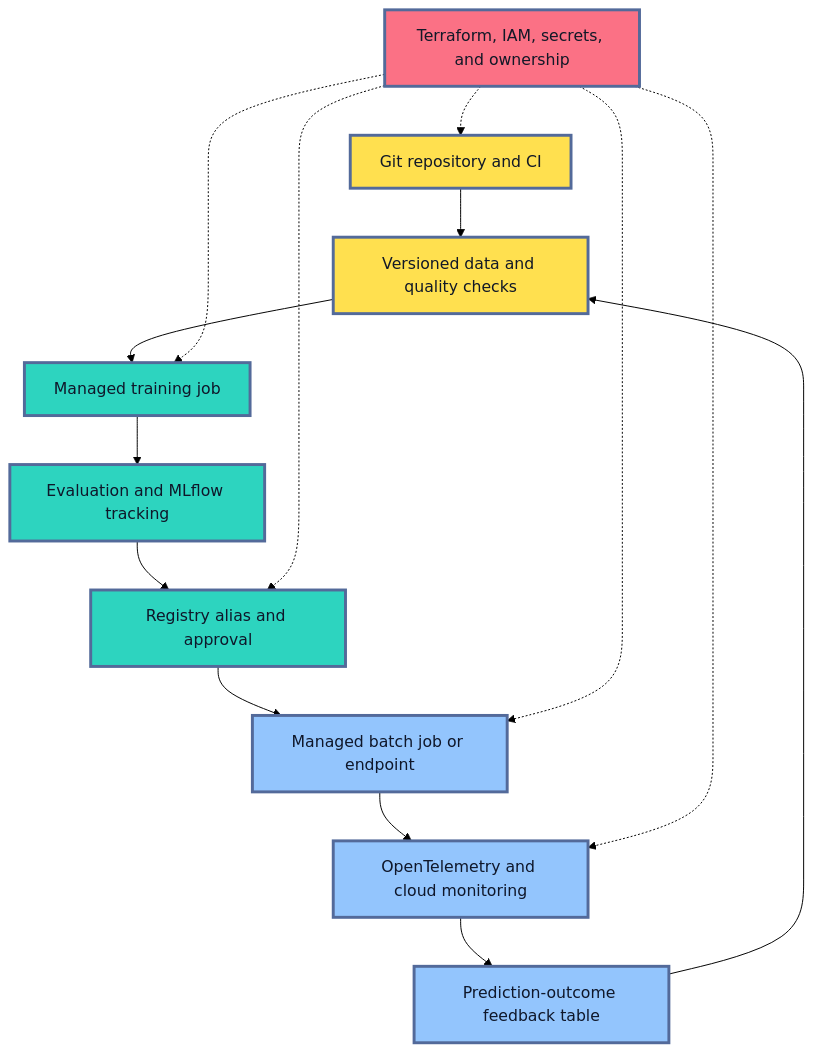
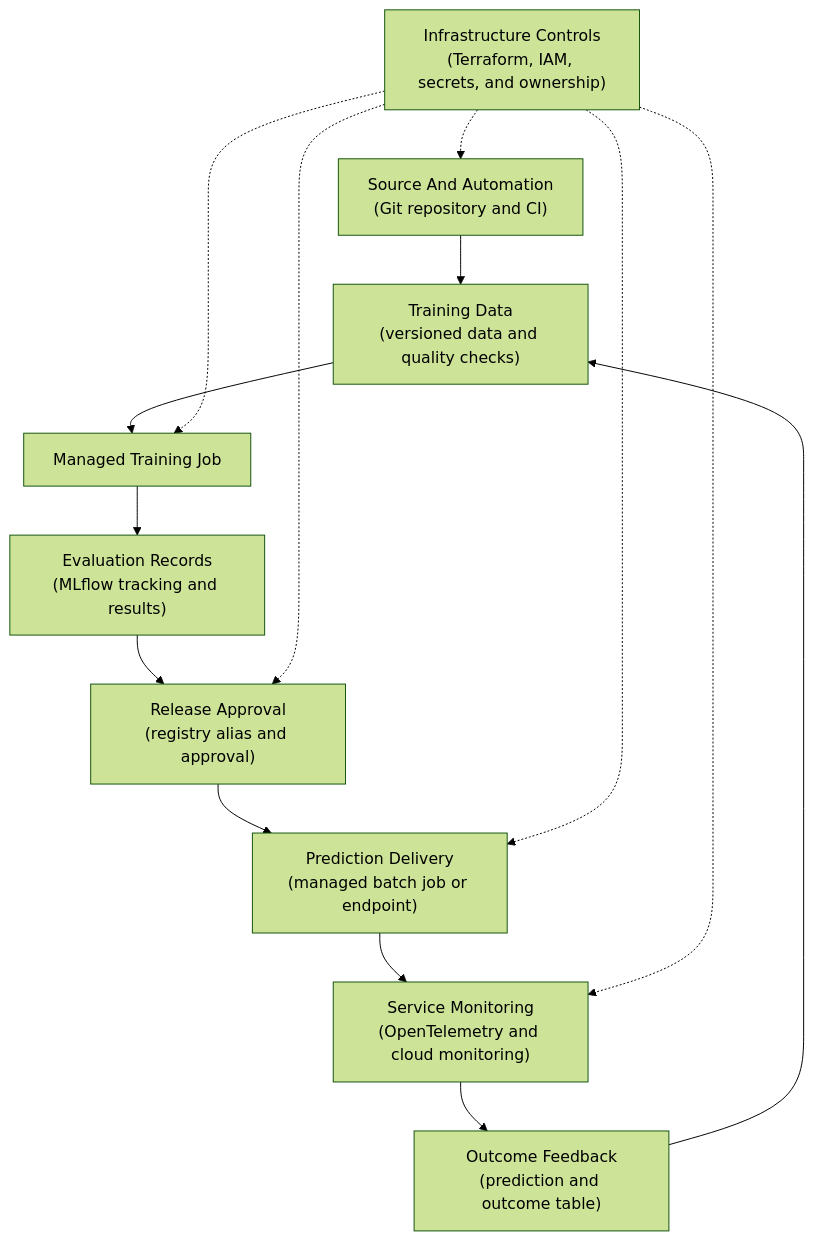
Before and after one commit to senlinyy/dev-roadmaps: the sixth of 6 diagrams in roadmaps/mlops/modules/mlops-foundations/architecture-basics/01-simple-mlops-architecture.md, drawn with Mermaid (forest theme). The commit also changed other lines of this file and 152 other files, not shown here.

Commit message:
feat: mlops and diagrams updated

````diff
--- a/roadmaps/mlops/modules/mlops-foundations/architecture-basics/01-simple-mlops-architecture.md
+++ b/roadmaps/mlops/modules/mlops-foundations/architecture-basics/01-simple-mlops-architecture.md
@@ -494,25 +483,21 @@
 ```mermaid
 flowchart TD
-    A["Git repository and CI"] --> B["Versioned data and quality checks"]
-    B --> C["Managed training job"]
-    C --> D["Evaluation and MLflow tracking"]
-    D --> E["Registry alias and approval"]
-    E --> F["Managed batch job or endpoint"]
-    F --> G["OpenTelemetry and cloud monitoring"]
-    G --> H["Prediction-outcome feedback table"]
+    A["Source And Automation<br/>(Git repository and CI)"] --> B["Training Data<br/>(versioned data and quality checks)"]
+    B --> C["Managed Training Job"]
+    C --> D["Evaluation Records<br/>(MLflow tracking and results)"]
+    D --> E["Release Approval<br/>(registry alias and approval)"]
+    E --> F["Prediction Delivery<br/>(managed batch job or endpoint)"]
+    F --> G["Service Monitoring<br/>(OpenTelemetry and cloud monitoring)"]
+    G --> H["Outcome Feedback<br/>(prediction and outcome table)"]
     H --> B
-    I["Terraform, IAM, secrets, and ownership"] -.-> A
+    I["Infrastructure Controls<br/>(Terraform, IAM, secrets, and ownership)"] -.-> A
     I -.-> C
     I -.-> E
     I -.-> F
     I -.-> G
 
-    classDef source fill:#FFE04F,stroke:#536A9A,stroke-width:3px,color:#111827
-    classDef build fill:#2DD4BF,stroke:#536A9A,stroke-width:3px,color:#0F172A
-    classDef prod fill:#93C5FD,stroke:#536A9A,stroke-width:3px,color:#0F172A
-    classDef govern fill:#FB7185,stroke:#536A9A,stroke-width:3px,color:#111827
     class A,B source
     class C,D,E build
     class F,G,H prod
     class I govern
 ```
````
